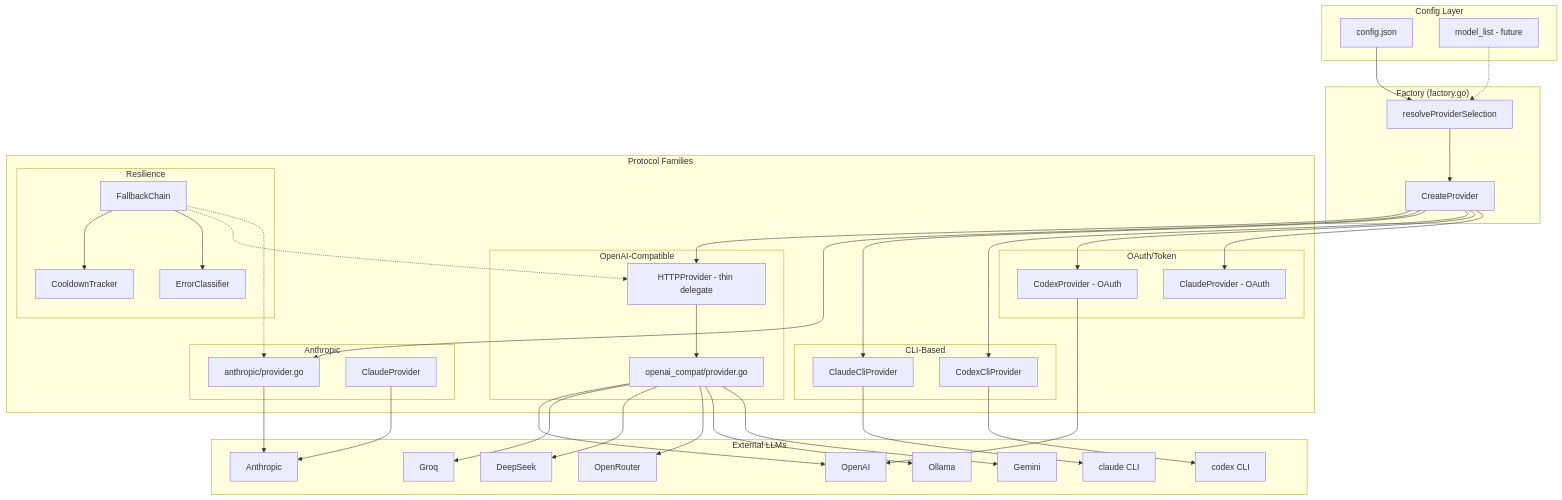
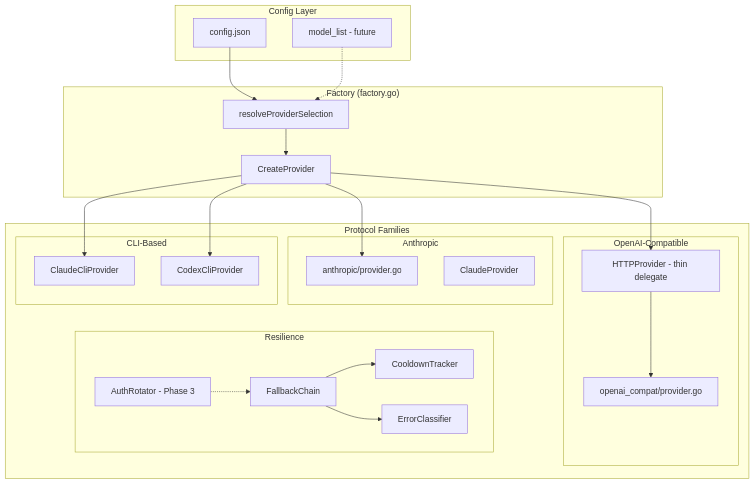
The ninth of 9 diagrams in docs/architecture/c3-component-multi-agent.md (sipeed/picoclaw), drawn with Mermaid before and after one commit. The commit also changed other lines of this file and 4 other files, not shown here.

First line of the commit message:
docs: add PRP and update architecture with hardening roadmap

````diff
--- a/docs/architecture/c3-component-multi-agent.md
+++ b/docs/architecture/c3-component-multi-agent.md
@@ -188,77 +302,45 @@
 ```mermaid
 graph TB
     subgraph "Config Layer"
         CFG[config.json]
         ML[model_list - future]
     end
 
     subgraph "Factory (factory.go)"
         RS[resolveProviderSelection]
         CP[CreateProvider]
     end
 
     subgraph "Protocol Families"
         subgraph "OpenAI-Compatible"
             OC[openai_compat/provider.go]
             HTTP[HTTPProvider - thin delegate]
         end
         subgraph "Anthropic"
             ANT[anthropic/provider.go]
             CP2[ClaudeProvider]
         end
         subgraph "CLI-Based"
             CC[ClaudeCliProvider]
             CX[CodexCliProvider]
         end
-        subgraph "OAuth/Token"
-            CA[CodexProvider - OAuth]
-            CL[ClaudeProvider - OAuth]
-        end
         subgraph "Resilience"
             FB[FallbackChain]
             CD[CooldownTracker]
             EC[ErrorClassifier]
+            AR[AuthRotator - Phase 3]
         end
-    end
-
-    subgraph "External LLMs"
-        OPENAI[OpenAI]
-        GROQ[Groq]
-        DEEP[DeepSeek]
-        OR[OpenRouter]
-        ANTH[Anthropic]
-        GEM[Gemini]
-        OLL[Ollama]
-        CLICLI[claude CLI]
-        CODCLI[codex CLI]
     end
 
     CFG --> RS
     ML -.-> RS
     RS --> CP
-
     CP --> HTTP
     CP --> ANT
     CP --> CC
     CP --> CX
-    CP --> CA
-    CP --> CL
-
     HTTP --> OC
-    OC --> OPENAI
-    OC --> GROQ
-    OC --> DEEP
-    OC --> OR
-    OC --> OLL
-    ANT --> ANTH
-    CP2 --> ANTH
-    OC --> GEM
-    CC --> CLICLI
-    CX --> CODCLI
-    CA --> OPENAI
-
     FB --> CD
     FB --> EC
-    FB -.-> HTTP
-    FB -.-> ANT
+    AR -.-> FB
 ```
````
